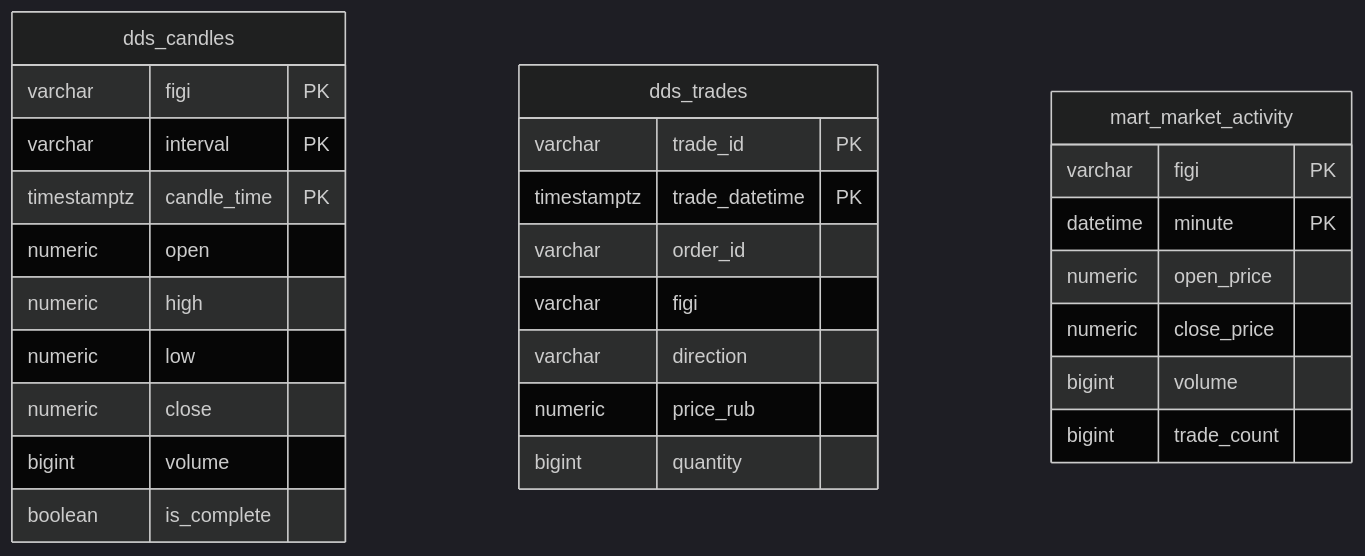
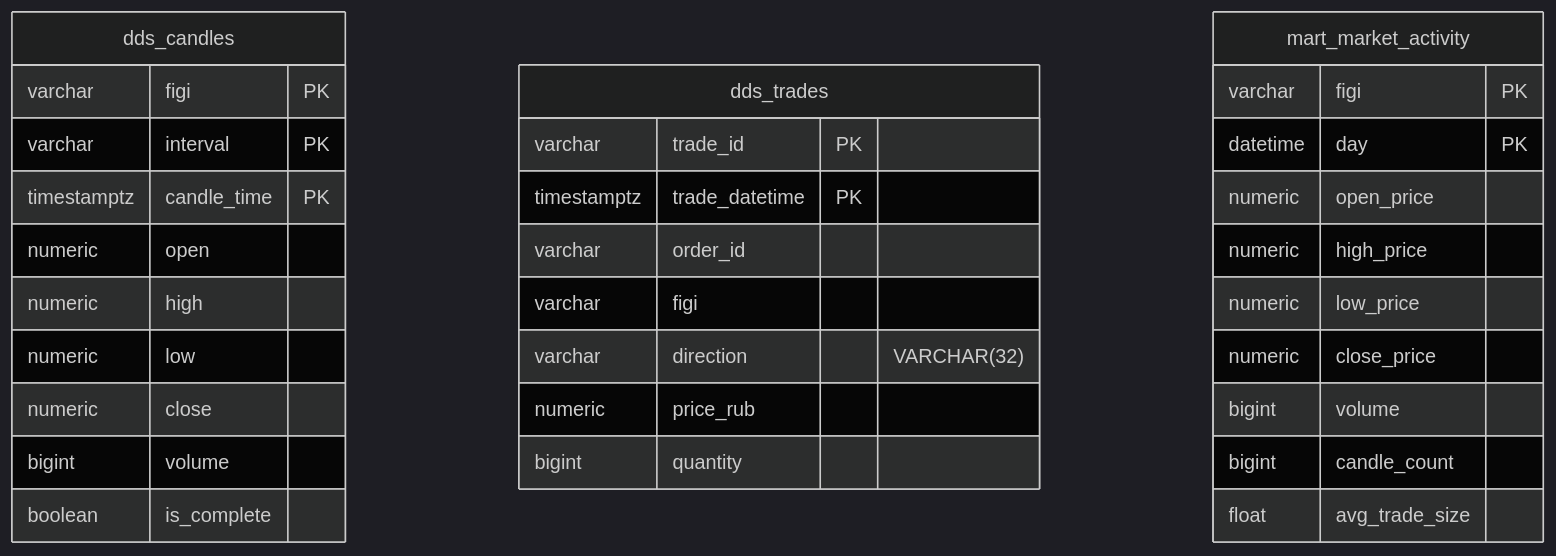
Before and after one commit to Mifestos/tinvest-flow: the second of 2 diagrams in README.md, drawn with Mermaid (dark theme). The commit also changed other lines of this file, not shown here.

````diff
--- a/README.md
+++ b/README.md
@@ -56,33 +52,36 @@
 ```mermaid
 erDiagram
     dds_candles {
         varchar figi PK
         varchar interval PK
         timestamptz candle_time PK
         numeric open
         numeric high
         numeric low
         numeric close
         bigint volume
         boolean is_complete
     }
     
     dds_trades {
         varchar trade_id PK
         timestamptz trade_datetime PK
         varchar order_id
         varchar figi
-        varchar direction
+        varchar direction "VARCHAR(32)"
         numeric price_rub
         bigint quantity
     }
 
     mart_market_activity {
         varchar figi PK
-        datetime minute PK
+        datetime day PK
         numeric open_price
+        numeric high_price
+        numeric low_price
         numeric close_price
         bigint volume
-        bigint trade_count
+        bigint candle_count
+        float avg_trade_size
     }
 ```
````
